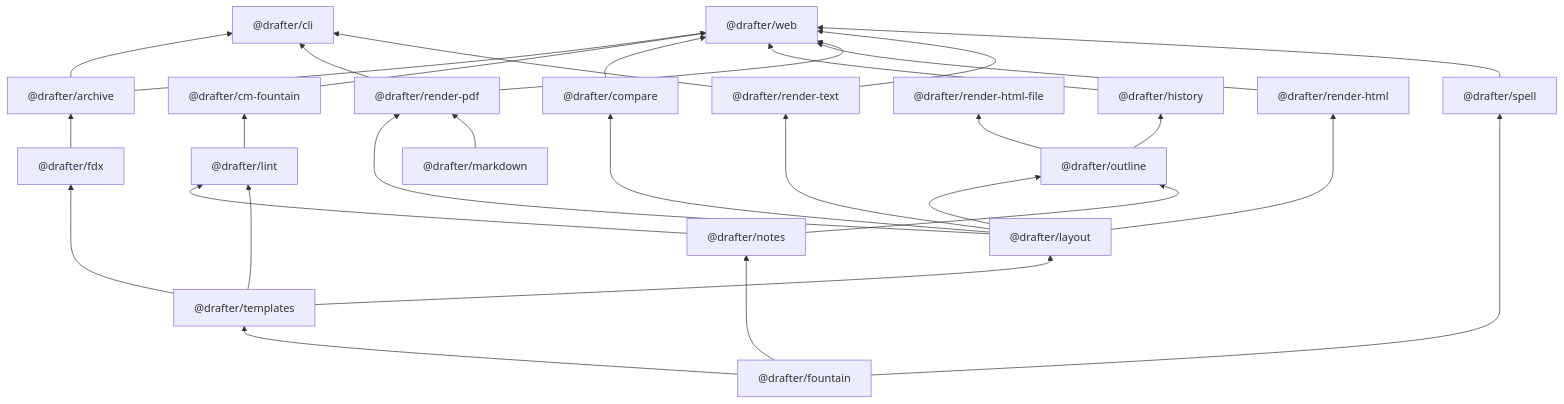
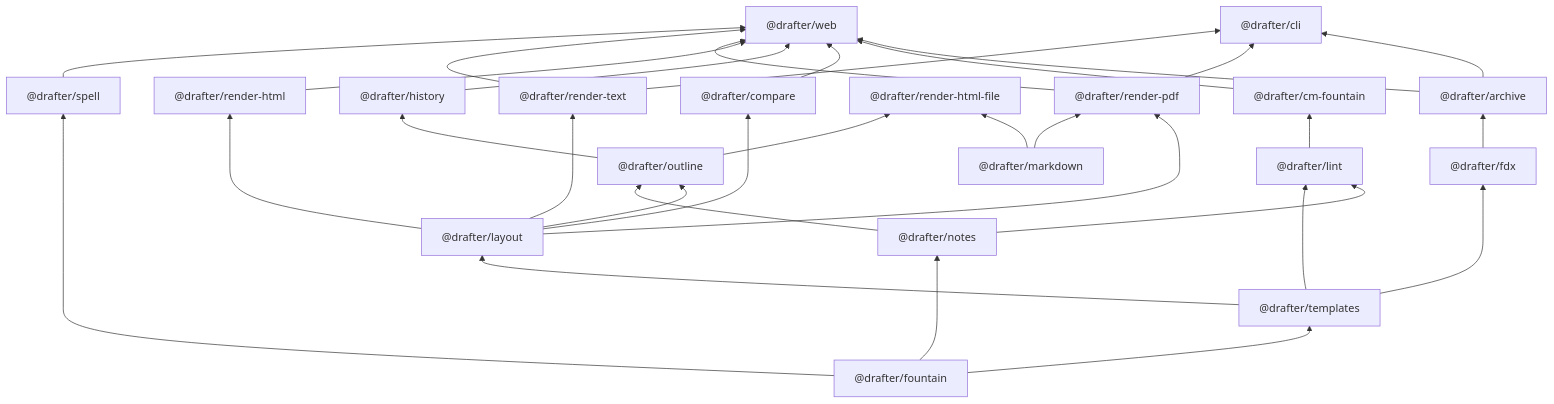
Before and after one commit to cschweda/drafter: the first of 5 diagrams in docs/technical-details.md, drawn with Mermaid. The commit also changed 16 other files, not shown here.

First line of the commit message:
feat(render-html-file): a Markdown document's page, with working links and footnotes

````diff
--- a/docs/technical-details.md
+++ b/docs/technical-details.md
@@ -36,51 +36,52 @@
 ```mermaid
 flowchart BT
   web["@drafter/web"]
   cli["@drafter/cli"]
   cm_fountain["@drafter/cm-fountain"]
   outline["@drafter/outline"]
   compare["@drafter/compare"]
   history["@drafter/history"]
   render_pdf["@drafter/render-pdf"]
   render_html["@drafter/render-html"]
   render_html_file["@drafter/render-html-file"]
   render_text["@drafter/render-text"]
   layout["@drafter/layout"]
   lint["@drafter/lint"]
   fdx["@drafter/fdx"]
   archive["@drafter/archive"]
   templates["@drafter/templates"]
   notes["@drafter/notes"]
   spell["@drafter/spell"]
   markdown["@drafter/markdown"]
   fountain["@drafter/fountain"]
   archive --> web
   cm_fountain --> web
   compare --> web
   history --> web
   render_html --> web
   render_pdf --> web
   render_text --> web
   spell --> web
   archive --> cli
   render_pdf --> cli
   render_text --> cli
   lint --> cm_fountain
   layout --> outline
   notes --> outline
   layout --> compare
   outline --> history
   layout --> render_pdf
   markdown --> render_pdf
   layout --> render_html
+  markdown --> render_html_file
   outline --> render_html_file
   layout --> render_text
   templates --> layout
   notes --> lint
   templates --> lint
   templates --> fdx
   fdx --> archive
   fountain --> templates
   fountain --> notes
   fountain --> spell
 ```
````
